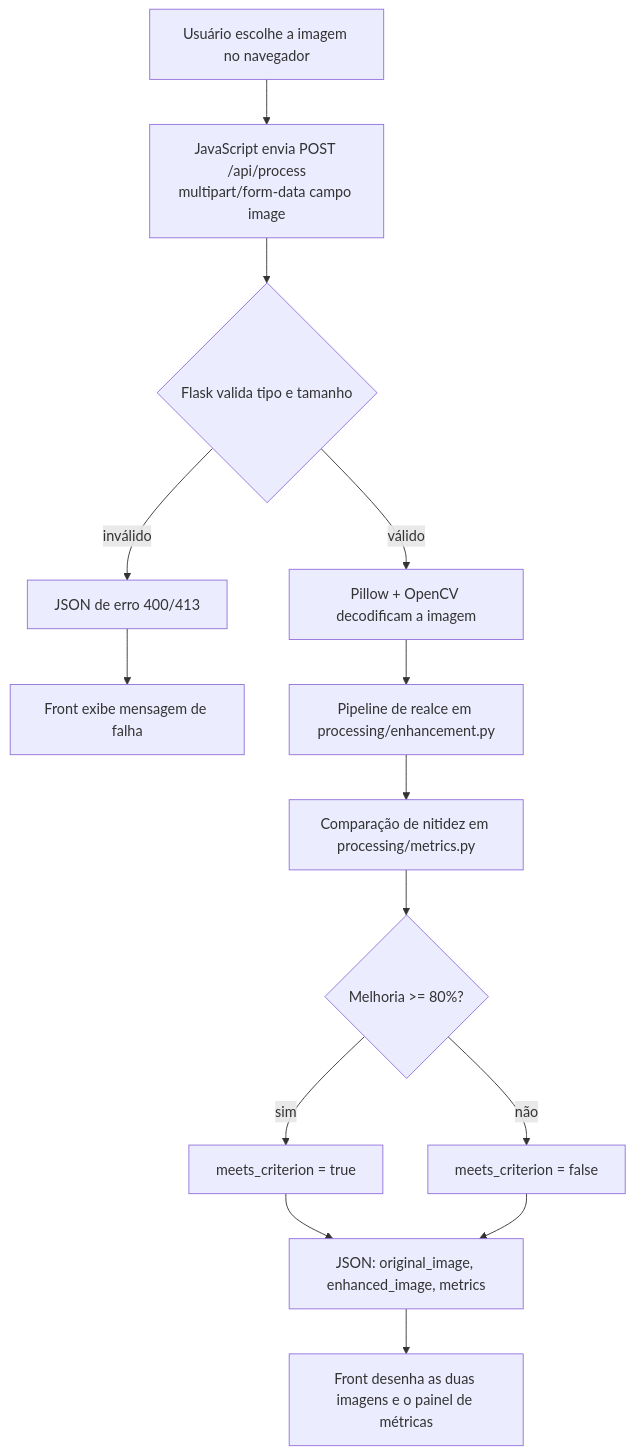
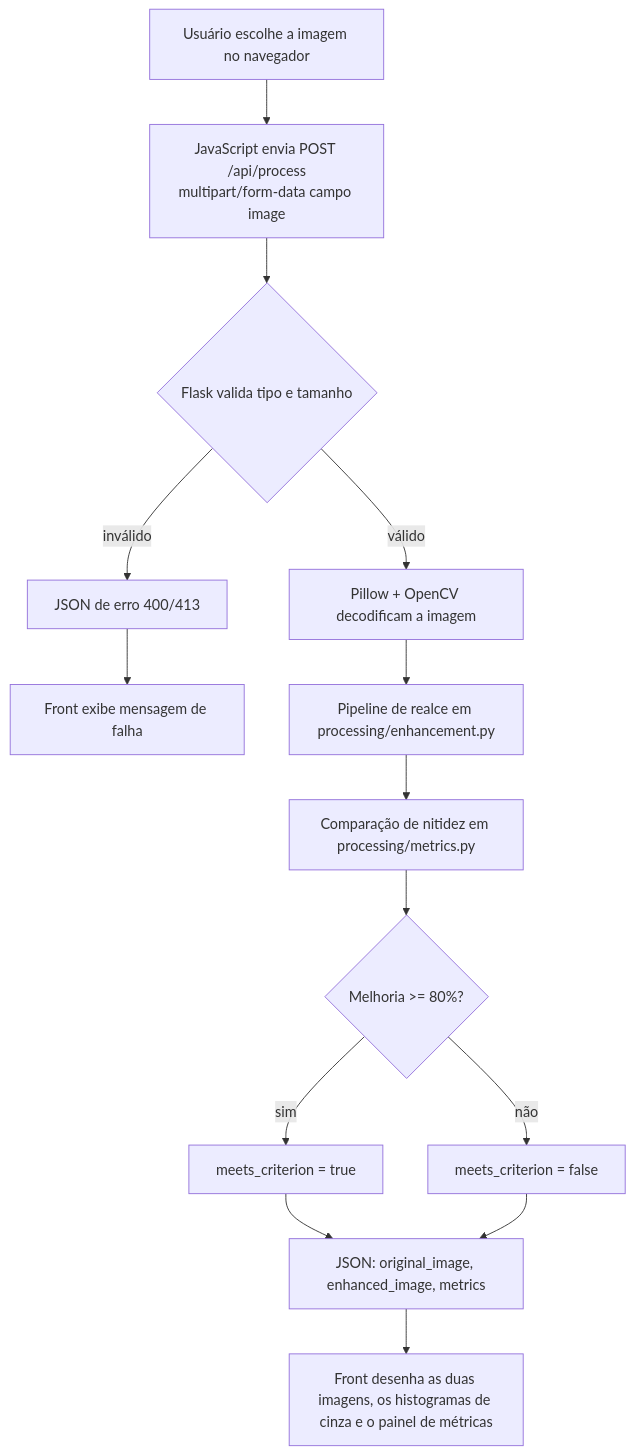
Before and after one commit to Nicolas3077/Trabalho-de-Processamento-de-imagens-e-sinais: the diagram in README.md, drawn with Mermaid. The commit also changed other lines of this file and 5 other files, not shown here.

Commit message:
feat: Implementando os histogramas das imagens no front.

````diff
--- a/README.md
+++ b/README.md
@@ -45,16 +46,16 @@
 ```mermaid
 flowchart TD
     A[Usuário escolhe a imagem no navegador] --> B[JavaScript envia POST /api/process<br/>multipart/form-data campo image]
     B --> C{Flask valida tipo e tamanho}
     C -->|inválido| D[JSON de erro 400/413]
     D --> E[Front exibe mensagem de falha]
     C -->|válido| F[Pillow + OpenCV decodificam a imagem]
     F --> G[Pipeline de realce em processing/enhancement.py]
     G --> H[Comparação de nitidez em processing/metrics.py]
     H --> I{Melhoria >= 80%?}
     I -->|sim| J[meets_criterion = true]
     I -->|não| K[meets_criterion = false]
     J --> L[JSON: original_image, enhanced_image, metrics]
     K --> L
-    L --> M[Front desenha as duas imagens e o painel de métricas]
+    L --> M[Front desenha as duas imagens, os histogramas de cinza e o painel de métricas]
 ```
````
